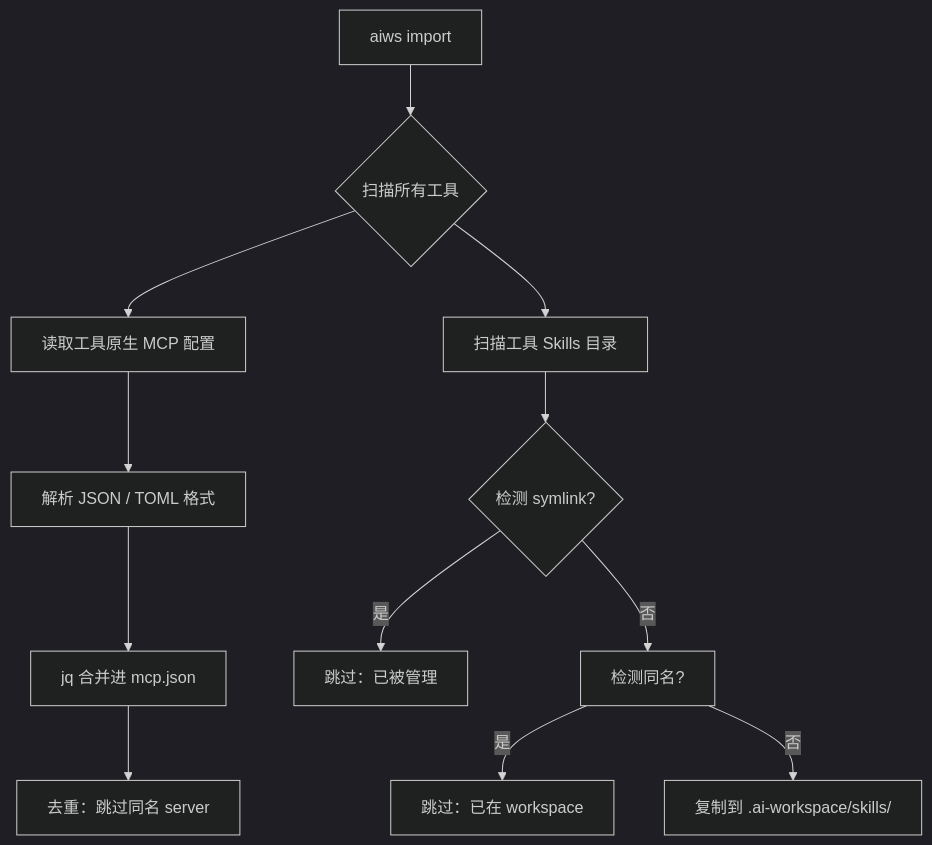
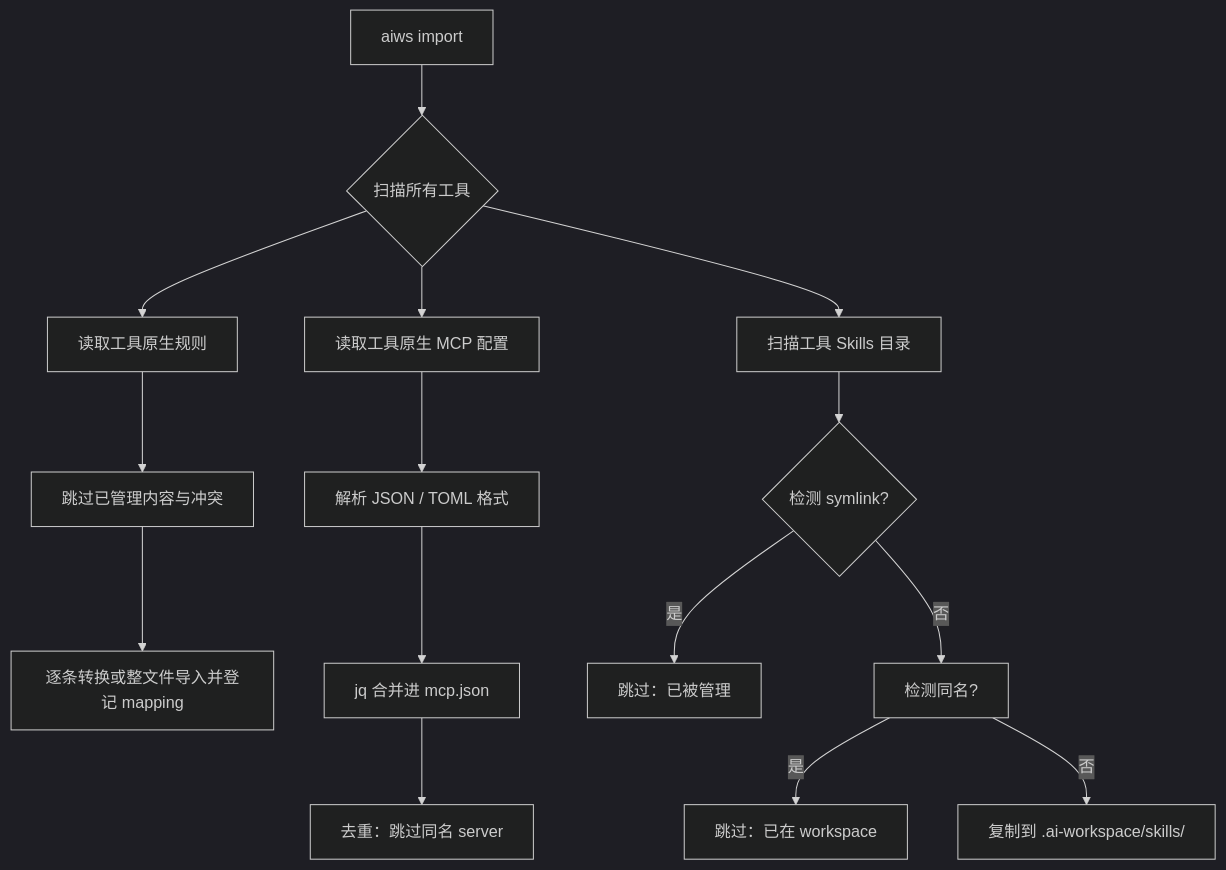
Before and after one commit to ImperfectXuan/ai-management: the second of 2 diagrams in docs/reference/ARCHITECTURE.md, drawn with Mermaid (dark theme). The commit also changed other lines of this file and 31 other files, not shown here.

````diff
--- a/docs/reference/ARCHITECTURE.md
+++ b/docs/reference/ARCHITECTURE.md
@@ -77,14 +80,17 @@
 ```mermaid
 graph TD
     A[aiws import] --> B{扫描所有工具}
     B --> C[读取工具原生 MCP 配置]
     B --> D[扫描工具 Skills 目录]
+    B --> M[读取工具原生规则]
+    M --> N[跳过已管理内容与冲突]
+    N --> O[逐条转换或整文件导入并登记 mapping]
     C --> E[解析 JSON / TOML 格式]
     E --> F[jq 合并进 mcp.json]
     F --> G[去重：跳过同名 server]
     D --> H{检测 symlink?}
     H -->|是| I[跳过：已被管理]
     H -->|否| J[检测同名?]
     J -->|是| K[跳过：已在 workspace]
     J -->|否| L[复制到 .ai-workspace/skills/]
 ```
````
